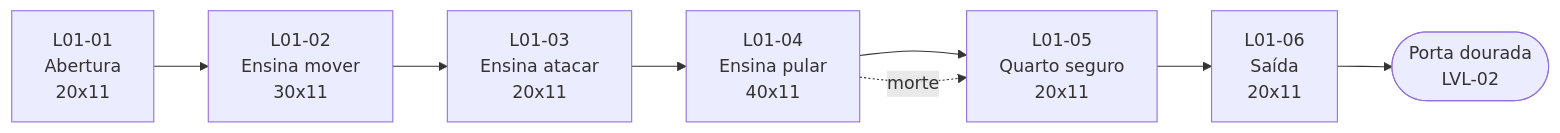
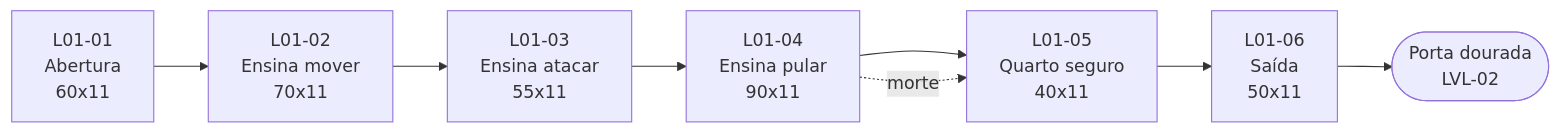
Before and after one commit to Brayan-dev2/React-Phaser: the diagram in 03-Jogos/30-homem-macho/docs/niveis/LVL-01.md, drawn with Mermaid. The commit also changed other lines of this file and 481 other files, not shown here.

````diff
--- a/03-Jogos/30-homem-macho/docs/niveis/LVL-01.md
+++ b/03-Jogos/30-homem-macho/docs/niveis/LVL-01.md
@@ -39,10 +42,10 @@
 ```mermaid
 flowchart LR
-  A["L01-01<br/>Abertura<br/>20x11"] --> B["L01-02<br/>Ensina mover<br/>30x11"]
-  B --> C["L01-03<br/>Ensina atacar<br/>20x11"]
-  C --> D["L01-04<br/>Ensina pular<br/>40x11"]
-  D --> E["L01-05<br/>Quarto seguro<br/>20x11"]
-  E --> F["L01-06<br/>Saída<br/>20x11"]
+  A["L01-01<br/>Abertura<br/>60x11"] --> B["L01-02<br/>Ensina mover<br/>70x11"]
+  B --> C["L01-03<br/>Ensina atacar<br/>55x11"]
+  C --> D["L01-04<br/>Ensina pular<br/>90x11"]
+  D --> E["L01-05<br/>Quarto seguro<br/>40x11"]
+  E --> F["L01-06<br/>Saída<br/>50x11"]
   F --> G(["Porta dourada<br/>LVL-02"])
   D -.->|morte| E
 ```
````
